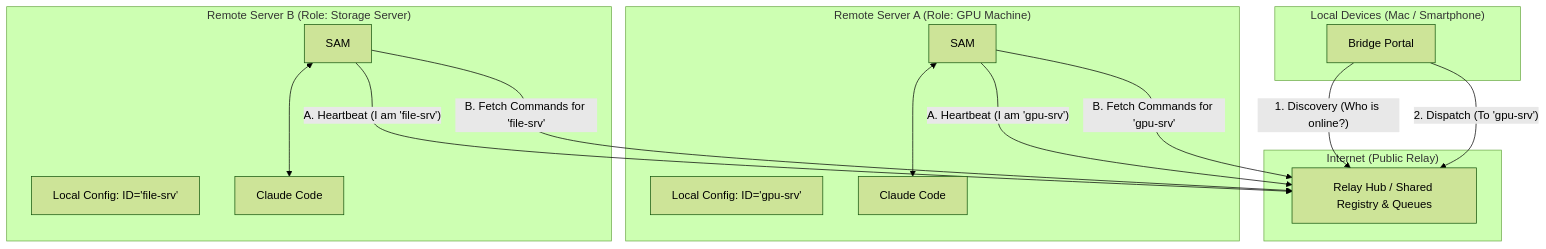
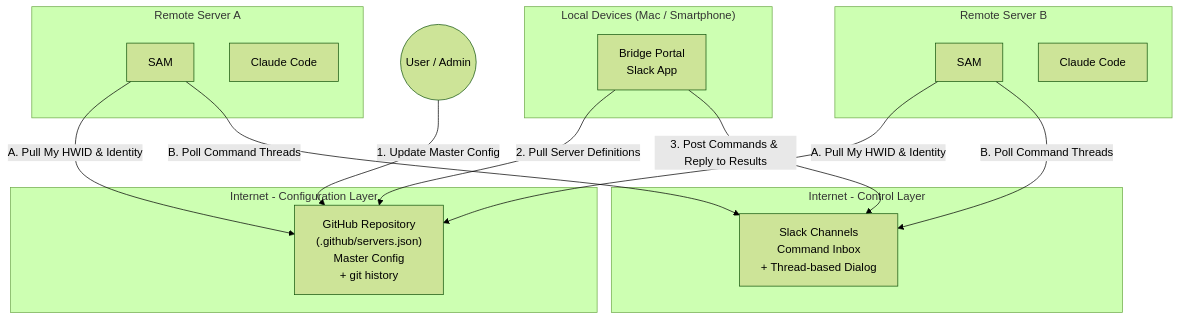
The first of 3 diagrams in projects/various/initiatives/20260505--call-remote-server-llm/DIAGRAMS.md (hagevvashi-info/hagevvashi.info-dev-hub), drawn with Mermaid (forest theme) before and after one commit. The commit also changed other lines of this file and 3 other files, not shown here.

First line of the commit message:
docs: specify Remote LLM Bridge architecture - GitHub config, Slack control, session management (#32)

````diff
--- a/projects/various/initiatives/20260505--call-remote-server-llm/DIAGRAMS.md
+++ b/projects/various/initiatives/20260505--call-remote-server-llm/DIAGRAMS.md
@@ -6,34 +6,37 @@
 ```mermaid
 graph TD
+    User((User / Admin))
+    
     subgraph "Local Devices (Mac / Smartphone)"
-        Portal[Bridge Portal]
+        Portal[Bridge Portal<br/>Slack App]
     end
 
-    subgraph "Internet (Public Relay)"
-        Hub[Relay Hub / Shared Registry & Queues]
+    subgraph "Internet - Configuration Layer"
+        GitHubRepo["GitHub Repository<br/>(.github/servers.json)<br/>Master Config<br/>+ git history"]
     end
 
-    subgraph "Remote Server A (Role: GPU Machine)"
-        ConfigA[Local Config: ID='gpu-srv']
+    subgraph "Internet - Control Layer"
+        SlackHub["Slack Channels<br/>Command Inbox<br/>+ Thread-based Dialog"]
+    end
+
+    subgraph "Remote Server A"
         SAMA[SAM]
         AgentA[Claude Code]
     end
 
-    subgraph "Remote Server B (Role: Storage Server)"
-        ConfigB[Local Config: ID='file-srv']
+    subgraph "Remote Server B"
         SAMB[SAM]
         AgentB[Claude Code]
     end
 
-    Portal -- "1. Discovery (Who is online?)" --> Hub
-    Portal -- "2. Dispatch (To 'gpu-srv')" --> Hub
-
-    SAMA -- "A. Heartbeat (I am 'gpu-srv')" --> Hub
-    SAMA -- "B. Fetch Commands for 'gpu-srv'" --> Hub
-
-    SAMB -- "A. Heartbeat (I am 'file-srv')" --> Hub
-    SAMB -- "B. Fetch Commands for 'file-srv'" --> Hub
-
-    SAMA <--> AgentA
-    SAMB <--> AgentB
+    User -- "1. Update Master Config" --> GitHubRepo
+    Portal -- "2. Pull Server Definitions" --> GitHubRepo
+    
+    SAMA -- "A. Pull My HWID & Identity" --> GitHubRepo
+    SAMA -- "B. Poll Command Threads" --> SlackHub
+    
+    SAMB -- "A. Pull My HWID & Identity" --> GitHubRepo
+    SAMB -- "B. Poll Command Threads" --> SlackHub
+    
+    Portal -- "3. Post Commands & Reply to Results" --> SlackHub
 ```
````
